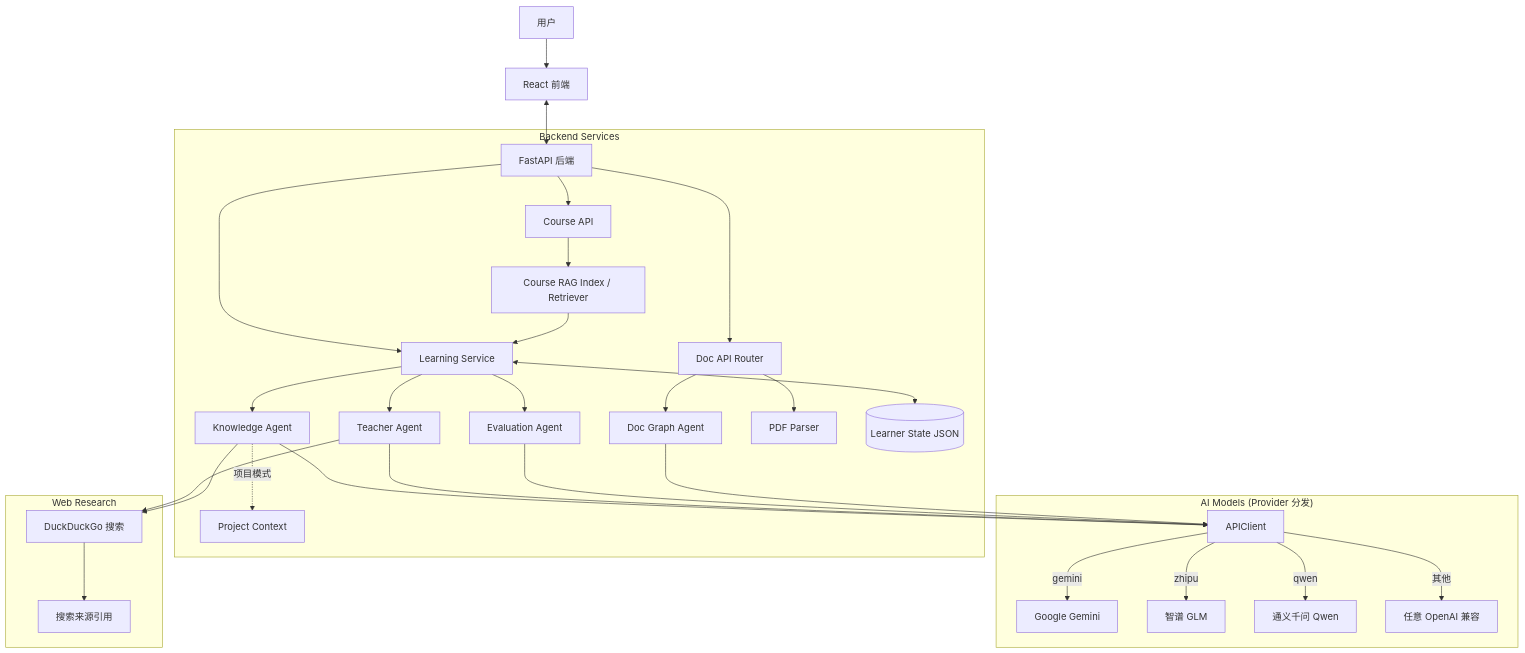
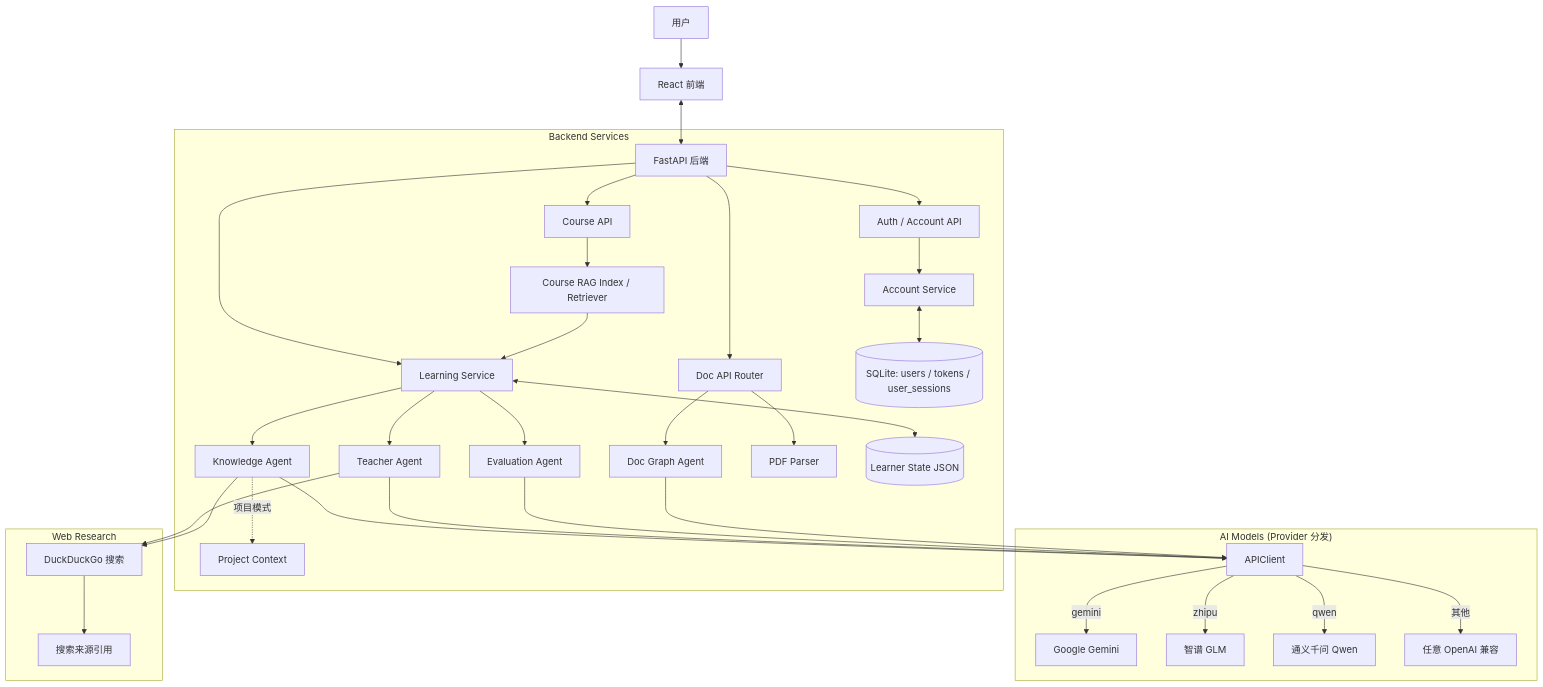
One commit to dann2333/AstraMentor-v1 changed the diagram in README.md. Above: the diagram before and after it, drawn with Mermaid. The commit also changed other lines of this file and 13 other files, not shown here.

````diff
--- a/README.md
+++ b/README.md
@@ -142,37 +151,40 @@
 ```mermaid
 graph TD
     User[用户] --> Client[React 前端]
     Client <--> API[FastAPI 后端]
 
     subgraph "Backend Services"
         API --> Service[Learning Service]
         API --> CourseAPI[Course API]
         CourseAPI --> RAG[Course RAG Index / Retriever]
         RAG --> Service
         API --> DocAPI[Doc API Router]
+        API --> AuthAPI[Auth / Account API]
+        AuthAPI --> Accounts[Account Service]
+        Accounts <--> SQLite[(SQLite: users / tokens / user_sessions)]
         Service --> KA[Knowledge Agent]
         Service --> TA[Teacher Agent]
         Service --> EA[Evaluation Agent]
         DocAPI --> DGA[Doc Graph Agent]
         DocAPI --> PDF[PDF Parser]
         Service <--> DB[(Learner State JSON)]
         KA -.->|项目模式| PJ[Project Context]
     end
 
     subgraph "AI Models (Provider 分发)"
         KA --> AC[APIClient]
         TA --> AC
         EA --> AC
         DGA --> AC
         AC -->|gemini| Gemini[Google Gemini]
         AC -->|zhipu| GLM[智谱 GLM]
         AC -->|qwen| Qwen[通义千问 Qwen]
         AC -->|其他| OAI[任意 OpenAI 兼容]
     end
 
     subgraph "Web Research"
         TA --> DDG[DuckDuckGo 搜索]
         KA --> DDG
         DDG --> Sources[搜索来源引用]
     end
 ```
````
